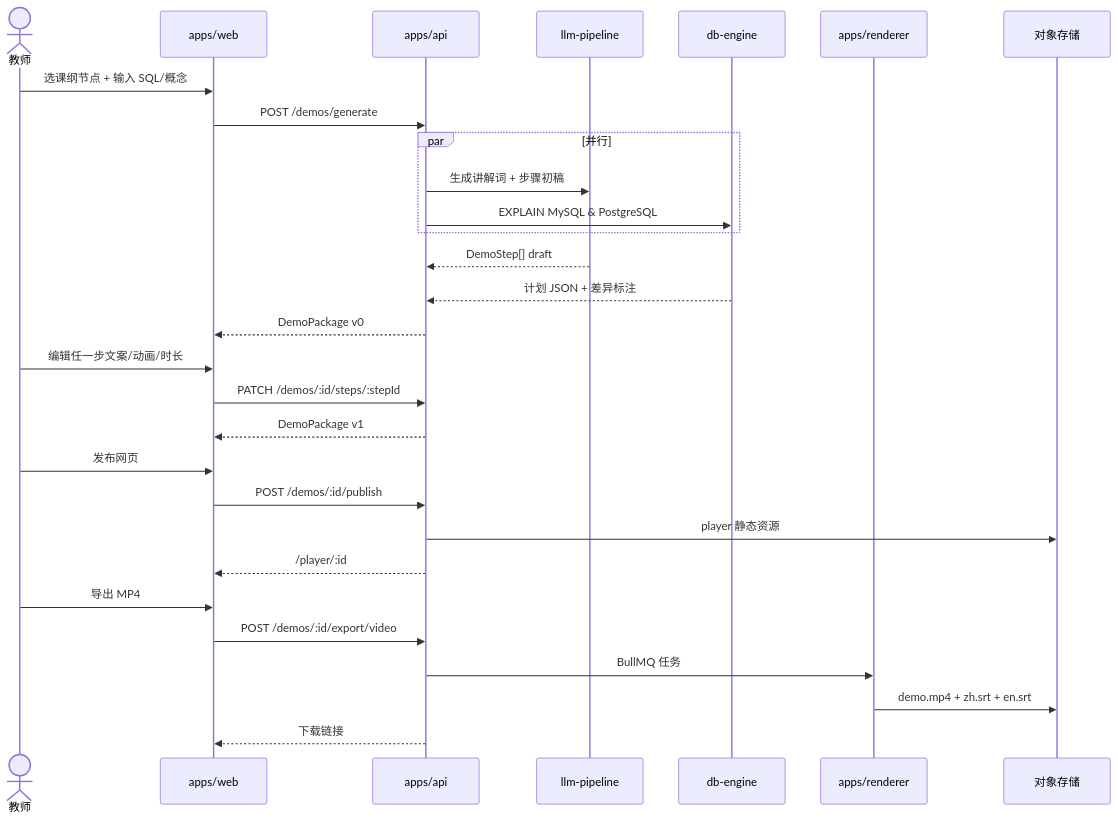
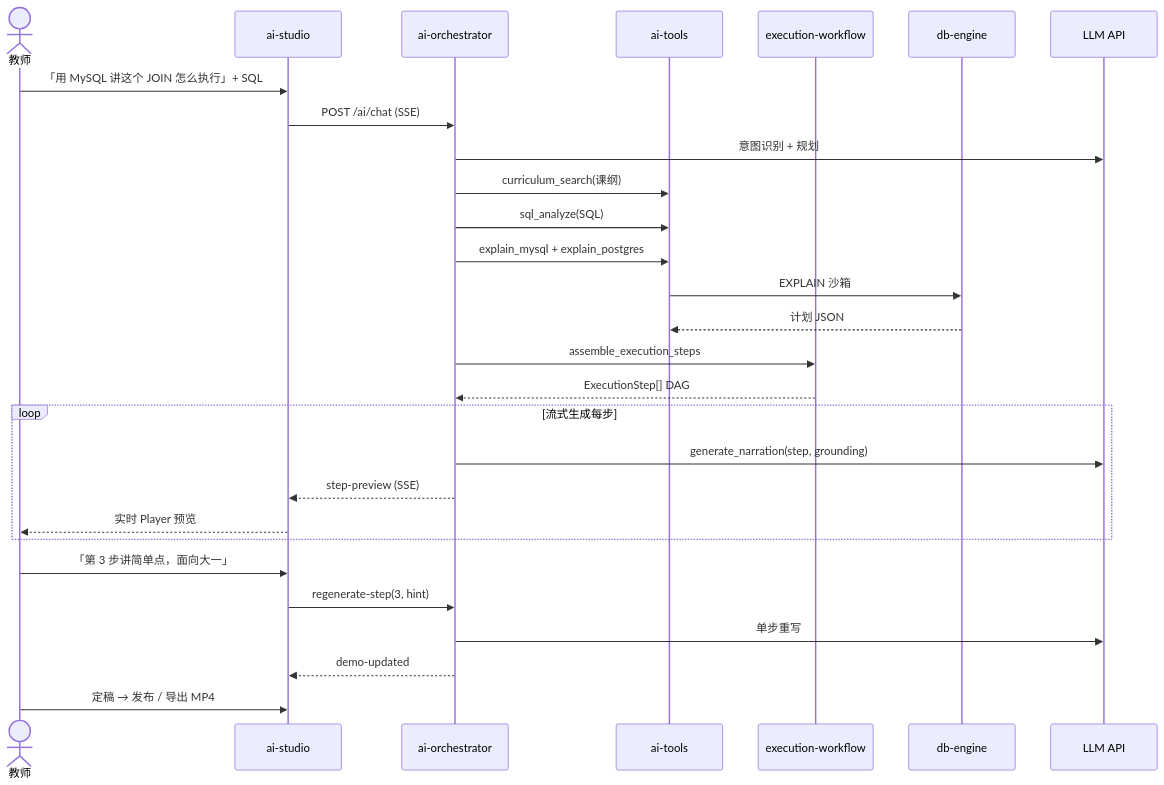
One commit to a23-1-1/Agent_System changed the third of 3 diagrams in 02_DB_Demo_Studio/docs/architecture.md. Above: the diagram before and after it, drawn with Mermaid. The commit also changed other lines of this file and 16 other files, not shown here.

````diff
--- a/02_DB_Demo_Studio/docs/architecture.md
+++ b/02_DB_Demo_Studio/docs/architecture.md
@@ -154,35 +297,36 @@
 ```mermaid
 sequenceDiagram
     actor T as 教师
-    participant W as apps/web
-    participant A as apps/api
-    participant L as llm-pipeline
-    participant D as db-engine
-    participant R as apps/renderer
-    participant S as 对象存储
+    participant UI as ai-studio
+    participant Agent as ai-orchestrator
+    participant Tools as ai-tools
+    participant WF as execution-workflow
+    participant DB as db-engine
+    participant LLM as LLM API
 
-    T->>W: 选课纲节点 + 输入 SQL/概念
-    W->>A: POST /demos/generate
-    par 并行
-        A->>L: 生成讲解词 + 步骤初稿
-        A->>D: EXPLAIN MySQL & PostgreSQL
+    T->>UI: 「用 MySQL 讲这个 JOIN 怎么执行」+ SQL
+    UI->>Agent: POST /ai/chat (SSE)
+
+    Agent->>LLM: 意图识别 + 规划
+    Agent->>Tools: curriculum_search(课纲)
+    Agent->>Tools: sql_analyze(SQL)
+    Agent->>Tools: explain_mysql + explain_postgres
+    Tools->>DB: EXPLAIN 沙箱
+    DB-->>Tools: 计划 JSON
+
+    Agent->>WF: assemble_execution_steps
+    WF-->>Agent: ExecutionStep[] DAG
+
+    loop 流式生成每步
+        Agent->>LLM: generate_narration(step, grounding)
+        Agent-->>UI: step-preview (SSE)
+        UI-->>T: 实时 Player 预览
     end
-    L-->>A: DemoStep[] draft
-    D-->>A: 计划 JSON + 差异标注
-    A-->>W: DemoPackage v0
 
-    T->>W: 编辑任一步文案/动画/时长
-    W->>A: PATCH /demos/:id/steps/:stepId
-    A-->>W: DemoPackage v1
+    T->>UI: 「第 3 步讲简单点，面向大一」
+    UI->>Agent: regenerate-step(3, hint)
+    Agent->>LLM: 单步重写
+    Agent-->>UI: demo-updated
 
-    T->>W: 发布网页
-    W->>A: POST /demos/:id/publish
-    A->>S: player 静态资源
-    A-->>W: /player/:id
-
-    T->>W: 导出 MP4
-    W->>A: POST /demos/:id/export/video
-    A->>R: BullMQ 任务
-    R->>S: demo.mp4 + zh.srt + en.srt
-    A-->>W: 下载链接
+    T->>UI: 定稿 → 发布 / 导出 MP4
 ```
````
